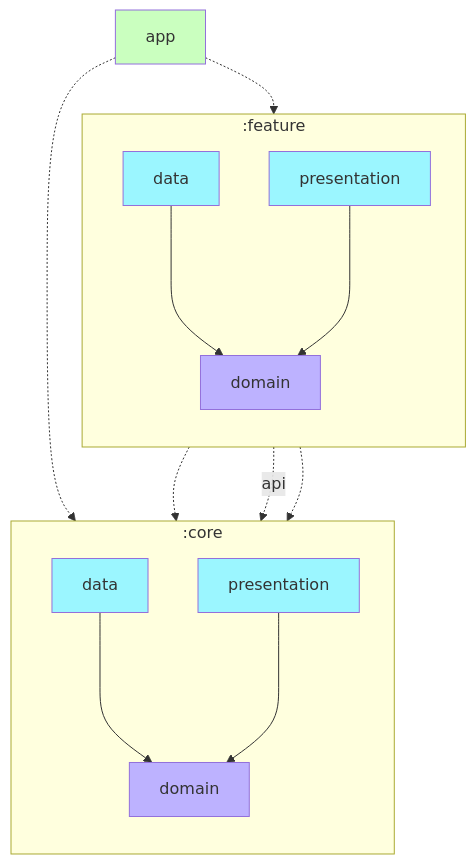
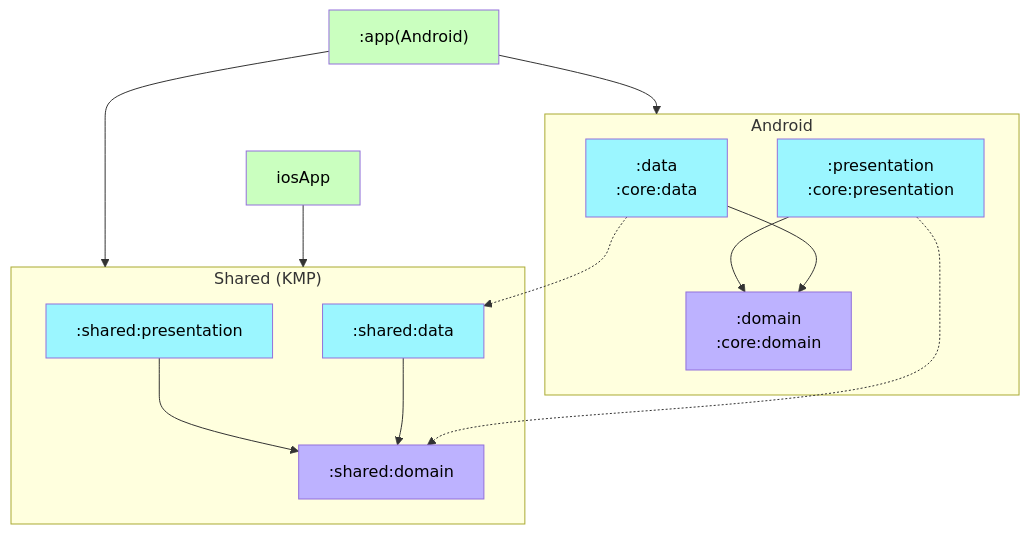
Before and after one commit to Turnin-Dev/turnin-android: the diagram in README.md, drawn with Mermaid. The commit also changed other lines of this file and 2 other files, not shown here.

````diff
--- a/README.md
+++ b/README.md
@@ -48,28 +49,30 @@
 ```mermaid
 graph TB
-    subgraph :core
-        direction TB
-        :core:data[data]:::android-library
-        :core:domain[domain]:::jvm-library
-        :core:presentation[presentation]:::android-library
+    app[":app(Android)"]:::app
+    ios["iosApp"]:::app
+
+    subgraph android ["Android"]
+        data[":data<br>:core:data"]:::layer
+        domain[":domain<br>:core:domain"]:::domain
+        presentation[":presentation<br>:core:presentation"]:::layer
     end
-    subgraph :feature
-        direction TB
-        :feature:data[data]:::android-library
-        :feature:domain[domain]:::jvm-library
-        :feature:presentation[presentation]:::android-library
+
+    subgraph shared ["Shared (KMP)"]
+        sharedPresentation[":shared:presentation"]:::layer
+        sharedDomain[":shared:domain"]:::domain
+        sharedData[":shared:data"]:::layer
     end
-    :app[app]:::android-application
-    :app -.-> :feature
-    :app -.-> :core
-    :core:data ---> :core:domain
-    :core:presentation ---> :core:domain
-    :feature:data ---> :feature:domain
-    :feature:presentation ---> :feature:domain
-    :feature:data -.-> :core:data
-    :feature:domain -. api .-> :core:domain
-    :feature:presentation -.-> :core:presentation
-    classDef android-application fill: #CAFFBF
-    classDef android-library fill: #9BF6FF
-    classDef jvm-library fill: #BDB2FF
+
+    app --> android
+    app --> shared
+    ios --> shared
+    presentation --> domain
+    data --> domain
+    sharedPresentation --> sharedDomain
+    sharedData --> sharedDomain
+    presentation -.-> sharedDomain
+    data -.-> sharedData
+    classDef app fill: #CAFFBF, color: #000
+    classDef layer fill: #9BF6FF, color: #000
+    classDef domain fill: #BDB2FF, color: #000
 ```
````
